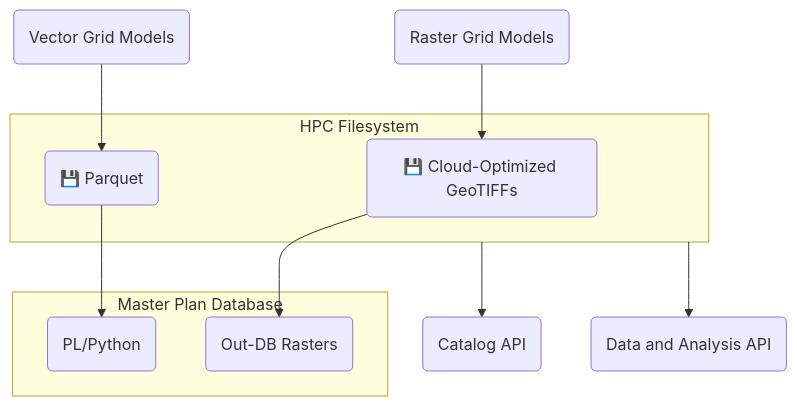
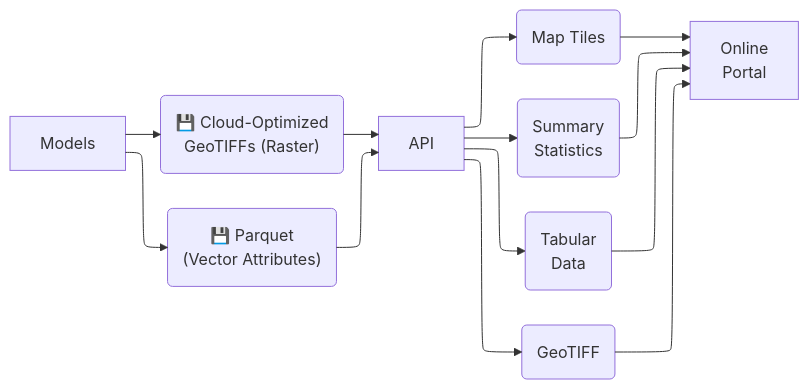
The third of 5 diagrams in mp2029/technical_requirements.md (pscedu/cpra-documentation), drawn with Mermaid before and after one commit. The commit also changed other lines of this file, not shown here.

Commit message:
feat(MP2029): add storage summary flowchart

````diff
--- a/mp2029/technical_requirements.md
+++ b/mp2029/technical_requirements.md
@@ -143,21 +164,22 @@
 ```mermaid
-flowchart TD
-    VM(Vector Grid Models)
-    RM(Raster Grid Models)
-    subgraph MPD[Master Plan Database]
-        ODBR(Out-DB Rasters)
-        PL3P(PL/Python)
-    end
-    subgraph FS[HPC Filesystem]
-        COG(💾 Cloud-Optimized GeoTIFFs)
-        P(💾 Parquet)
-    end
-    CAPI(Catalog API)
-    DAPI(Data and Analysis API)
-    RM --> COG
-    COG --> ODBR
-    VM --> P
-    FS --> CAPI
-    FS --> DAPI
-    P --> PL3P
+%%{init: {"flowchart": {"defaultRenderer": "elk"}} }%%
+flowchart LR
+    M[Models]
+    M --> COG("`💾 Cloud-Optimized
+        GeoTIFFs (Raster)`")
+    M --> P("`💾 Parquet
+        (Vector Attributes)`")
+    COG --> API
+    P --> API
+    API --> MT(Map Tiles)
+    API --> SS("`Summary
+        Statistics`")
+    API --> TD("`Tabular
+        Data`")
+    API --> GT(GeoTIFF)
+    MT --> Portal["`Online
+        Portal`"]
+    SS --> Portal
+    TD --> Portal
+    GT --> Portal
 ```
````
